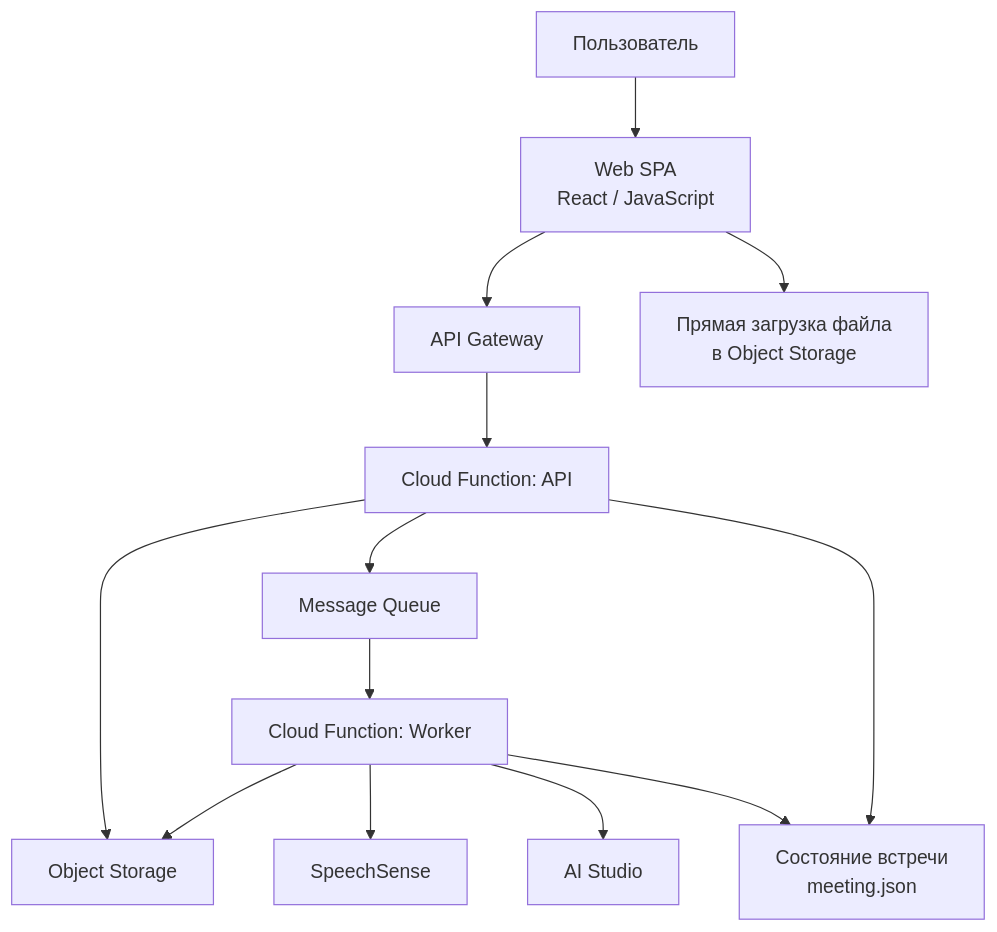
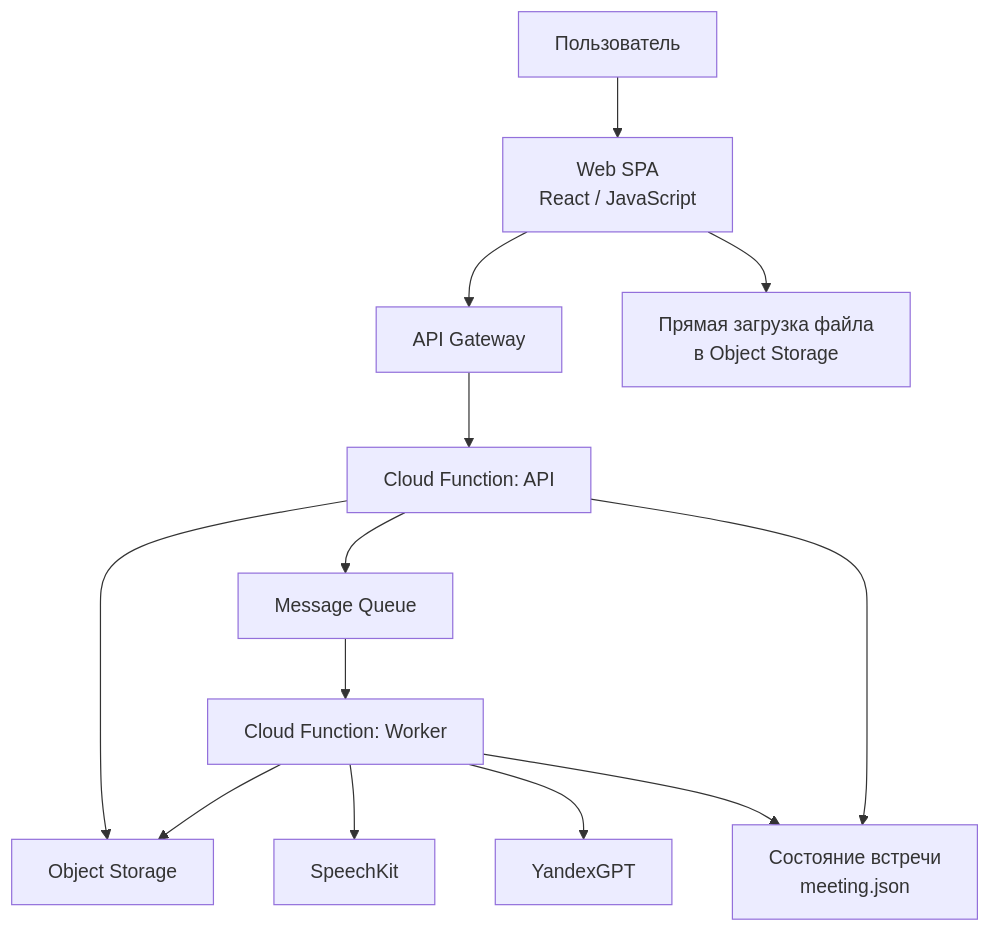
The diagram in docs/project-handbook/03-solution-architecture/c4-container.md (Gumbatali/YaSpeech-Public), drawn with Mermaid before and after one commit. The commit also changed other lines of this file and 40 other files, not shown here.

````diff
--- a/docs/project-handbook/03-solution-architecture/c4-container.md
+++ b/docs/project-handbook/03-solution-architecture/c4-container.md
@@ -5,18 +5,18 @@
 ```mermaid
 flowchart TD
   User["Пользователь"] --> Web["Web SPA<br/>React / JavaScript"]
   Web --> APIGW["API Gateway"]
   Web --> Upload["Прямая загрузка файла<br/>в Object Storage"]
 
   APIGW --> ApiFn["Cloud Function: API"]
   ApiFn --> Storage["Object Storage"]
   ApiFn --> Queue["Message Queue"]
 
   Queue --> Worker["Cloud Function: Worker"]
   Worker --> Storage
-  Worker --> SpeechSense["SpeechSense"]
-  Worker --> AIStudio["AI Studio"]
+  Worker --> SpeechKit["SpeechKit"]
+  Worker --> AIStudio["YandexGPT"]
 
   ApiFn --> MeetingState["Состояние встречи<br/>meeting.json"]
   Worker --> MeetingState
 ```
````
